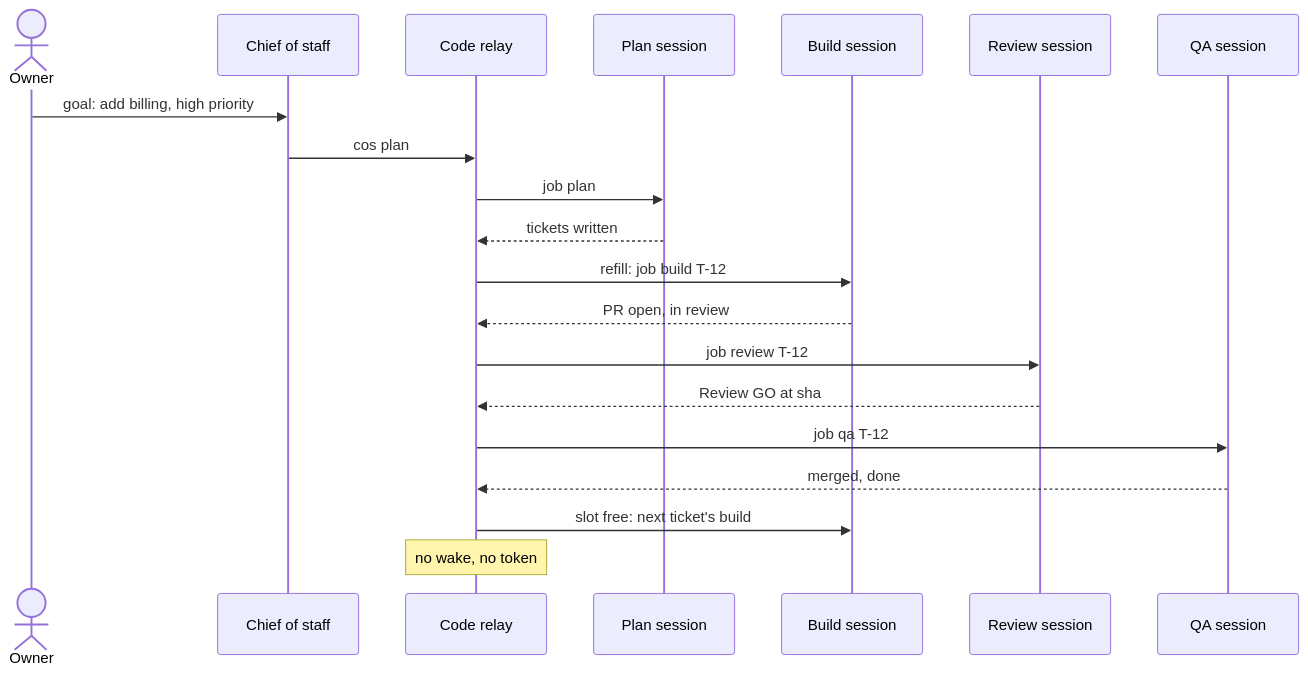
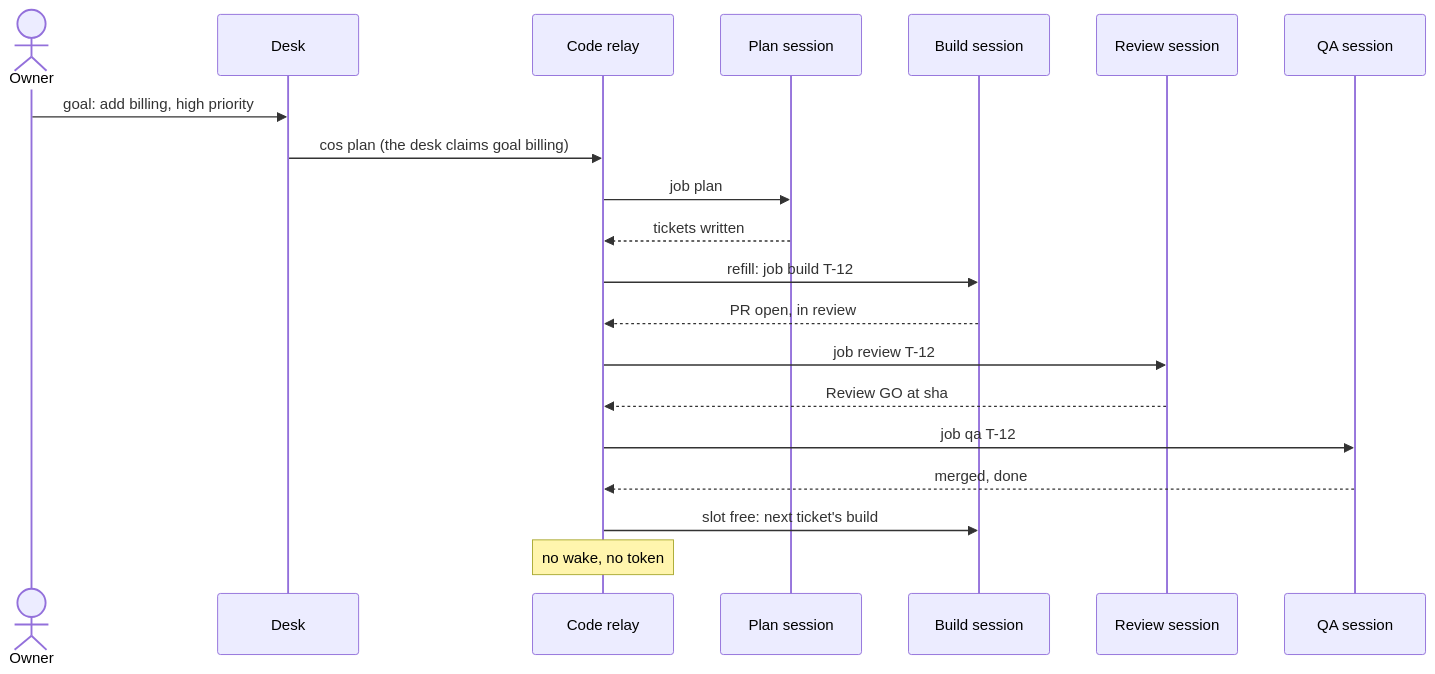
One commit to ProlesDei/maestro changed the fourth of 7 diagrams in docs/design/t3-runtime.md. Above: the diagram before and after it, drawn with Mermaid. The commit also changed other lines of this file, not shown here.

````diff
--- a/docs/design/t3-runtime.md
+++ b/docs/design/t3-runtime.md
@@ -148,22 +172,22 @@
 ```mermaid
 sequenceDiagram
   actor O as Owner
-  participant S as Chief of staff
+  participant S as Desk
   participant R as Code relay
   participant P as Plan session
   participant E as Build session
   participant V as Review session
   participant Q as QA session
   O->>S: goal: add billing, high priority
-  S->>R: cos plan
+  S->>R: cos plan (the desk claims goal billing)
   R->>P: job plan
   P-->>R: tickets written
   R->>E: refill: job build T-12
   E-->>R: PR open, in review
   R->>V: job review T-12
   V-->>R: Review GO at sha
   R->>Q: job qa T-12
   Q-->>R: merged, done
   R->>E: slot free: next ticket's build
   Note over R: no wake, no token
 ```
````
